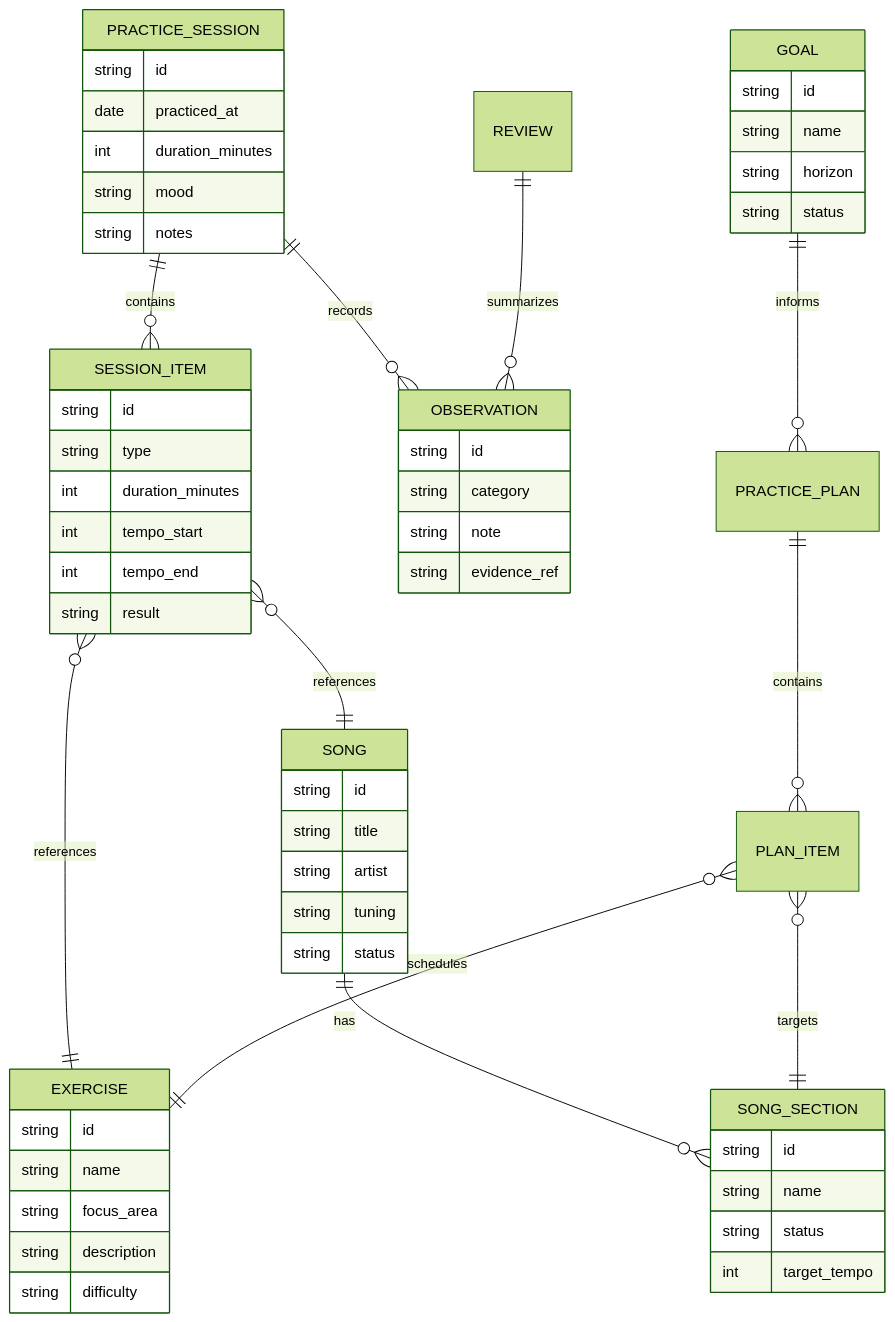
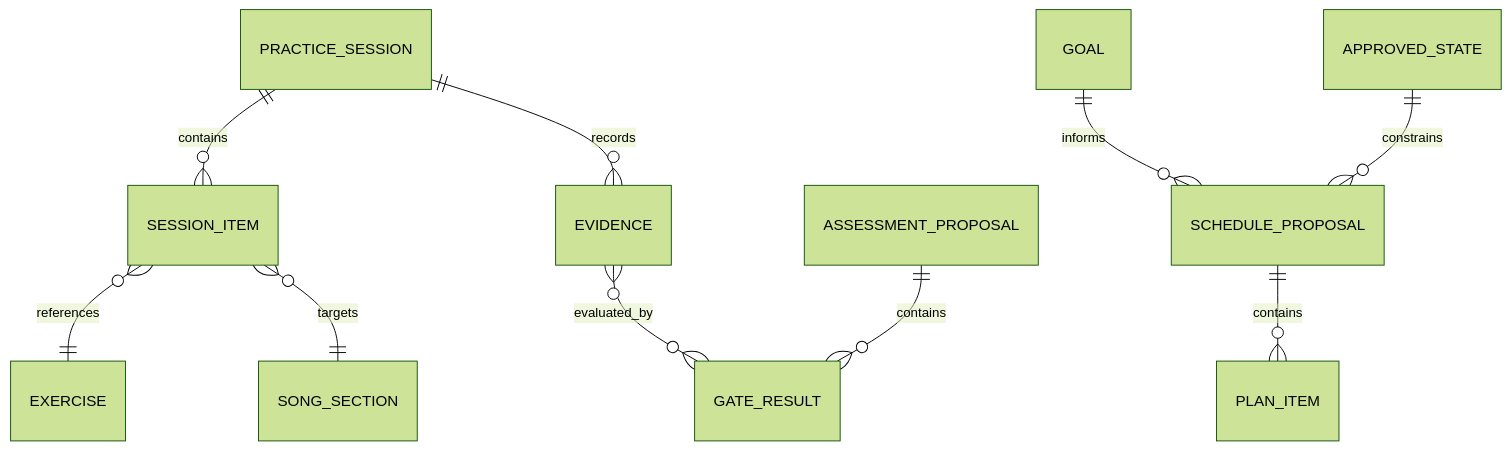
One commit to ryjen/guitar-practice-system changed the second of 2 diagrams in docs/architecture.md. Above: the diagram before and after it, drawn with Mermaid (forest theme). The commit also changed other lines of this file, not shown here.

Commit message:
Remove private inference architecture

````diff
--- a/docs/architecture.md
+++ b/docs/architecture.md
@@ -126,67 +92,12 @@
 ```mermaid
 erDiagram
     PRACTICE_SESSION ||--o{ SESSION_ITEM : contains
     SESSION_ITEM }o--|| EXERCISE : references
-    SESSION_ITEM }o--|| SONG : references
-    SONG ||--o{ SONG_SECTION : has
-    PRACTICE_SESSION ||--o{ OBSERVATION : records
-    REVIEW ||--o{ OBSERVATION : summarizes
-    GOAL ||--o{ PRACTICE_PLAN : informs
-    PRACTICE_PLAN ||--o{ PLAN_ITEM : contains
-    PLAN_ITEM }o--|| EXERCISE : schedules
-    PLAN_ITEM }o--|| SONG_SECTION : targets
-
-    PRACTICE_SESSION {
-        string id
-        date practiced_at
-        int duration_minutes
-        string mood
-        string notes
-    }
-
-    SESSION_ITEM {
-        string id
-        string type
-        int duration_minutes
-        int tempo_start
-        int tempo_end
-        string result
-    }
-
-    EXERCISE {
-        string id
-        string name
-        string focus_area
-        string description
-        string difficulty
-    }
-
-    SONG {
-        string id
-        string title
-        string artist
-        string tuning
-        string status
-    }
-
-    SONG_SECTION {
-        string id
-        string name
-        string status
-        int target_tempo
-    }
-
-    OBSERVATION {
-        string id
-        string category
-        string note
-        string evidence_ref
-    }
-
-    GOAL {
-        string id
-        string name
-        string horizon
-        string status
-    }
+    SESSION_ITEM }o--|| SONG_SECTION : targets
+    PRACTICE_SESSION ||--o{ EVIDENCE : records
+    EVIDENCE }o--o{ GATE_RESULT : evaluated_by
+    ASSESSMENT_PROPOSAL ||--o{ GATE_RESULT : contains
+    GOAL ||--o{ SCHEDULE_PROPOSAL : informs
+    SCHEDULE_PROPOSAL ||--o{ PLAN_ITEM : contains
+    APPROVED_STATE ||--o{ SCHEDULE_PROPOSAL : constrains
 ```
````
